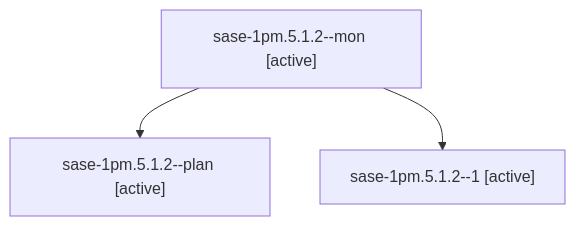
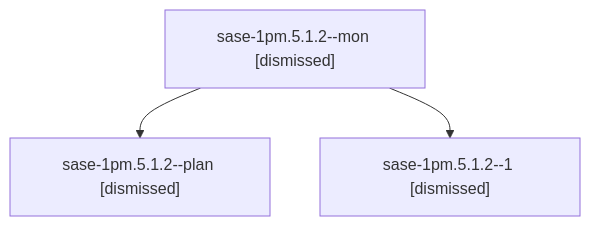
The diagram in sessions/bbugyi200.athena.sase-1pm.5.1.2.md (sase-org/sase--agents), drawn with Mermaid before and after one commit. The commit also changed other lines of this file and 136 other files, not shown here.

````diff
--- a/sessions/bbugyi200.athena.sase-1pm.5.1.2.md
+++ b/sessions/bbugyi200.athena.sase-1pm.5.1.2.md
@@ -9,8 +9,8 @@
 ```mermaid
 flowchart TD
-  n0["sase-1pm.5.1.2--mon [active]"]
-  n1["sase-1pm.5.1.2--plan [active]"]
+  n0["sase-1pm.5.1.2--mon [dismissed]"]
+  n1["sase-1pm.5.1.2--plan [dismissed]"]
   n0 --> n1
-  n2["sase-1pm.5.1.2--1 [active]"]
+  n2["sase-1pm.5.1.2--1 [dismissed]"]
   n0 --> n2
 ```
````
